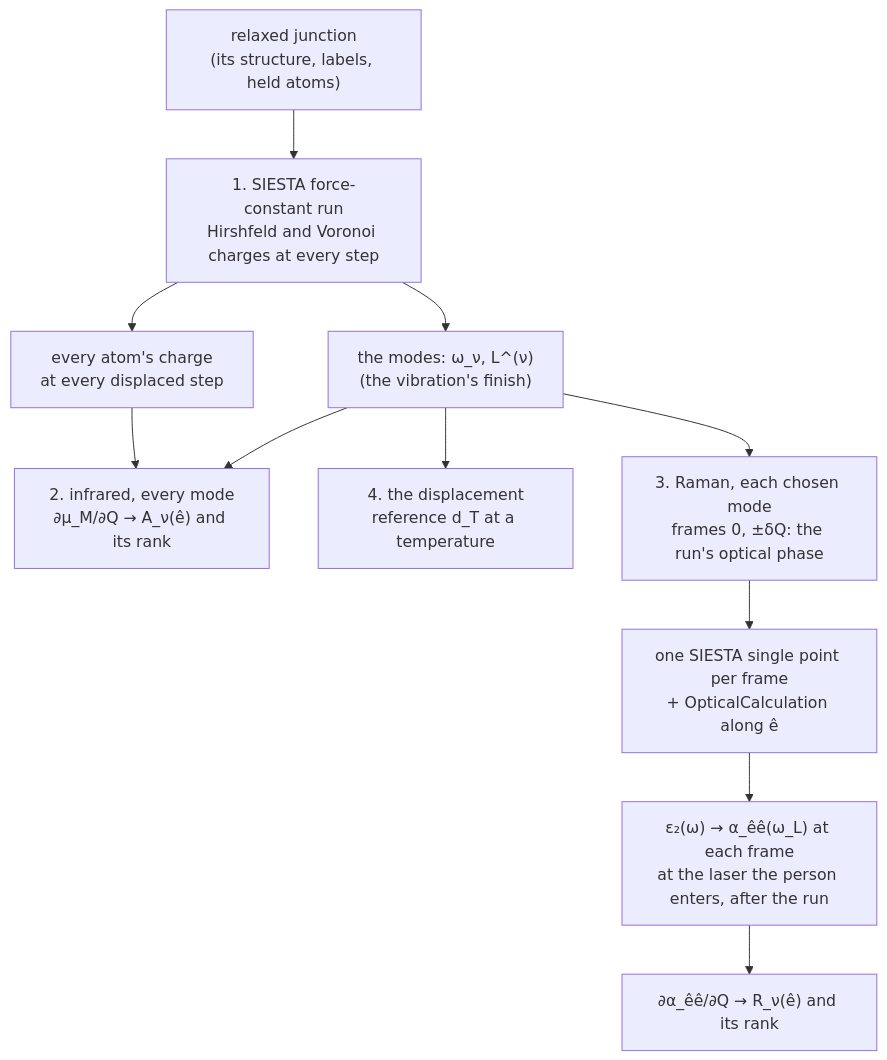
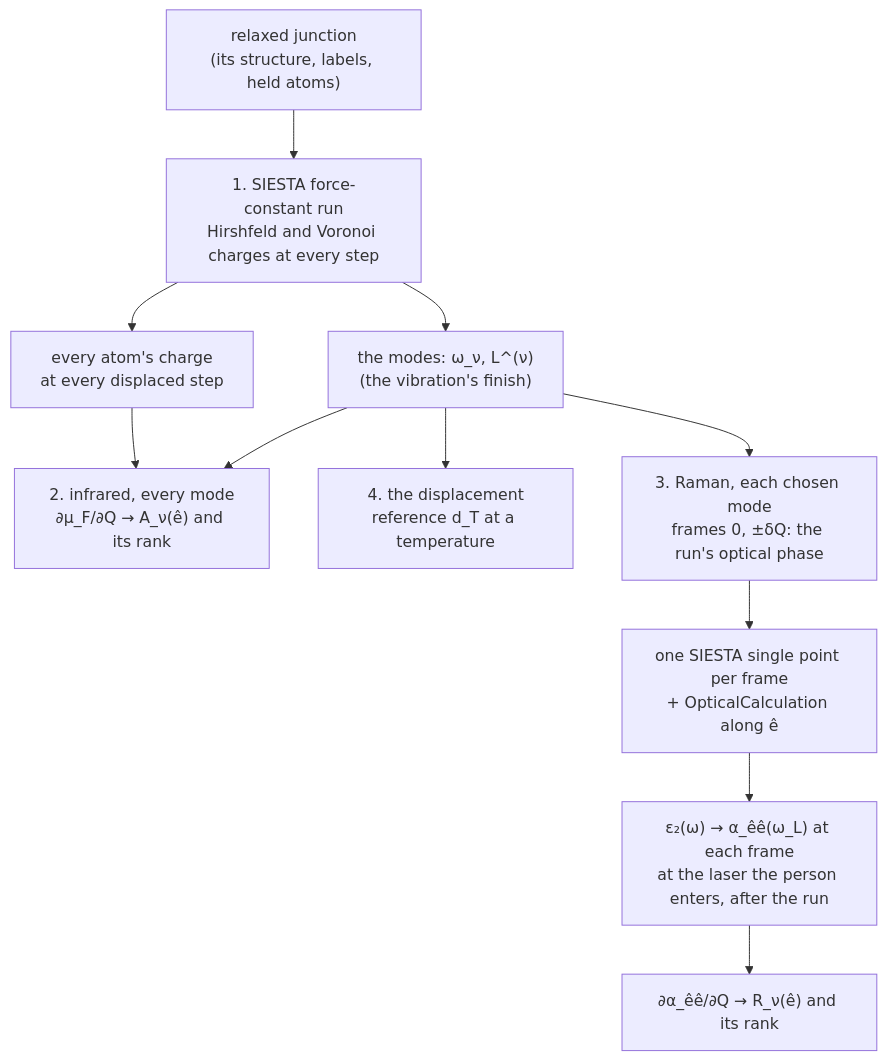
One commit to Qing-LAB/molbuilder changed the first of 3 diagrams in docs/science/vibrational-optical-response.md. Above: the diagram before and after it, drawn with Mermaid. The commit also changed other lines of this file and 25 other files, not shown here.

````diff
--- a/docs/science/vibrational-optical-response.md
+++ b/docs/science/vibrational-optical-response.md
@@ -78,13 +77,13 @@
 ```mermaid
 flowchart TD
     J["relaxed junction<br/>(its structure, labels, held atoms)"] --> FC["1. SIESTA force-constant run<br/>Hirshfeld and Voronoi charges at every step"]
     FC --> MODES["the modes: ω_ν, L^(ν)<br/>(the vibration's finish)"]
     FC --> QS["every atom's charge<br/>at every displaced step"]
-    QS --> IR["2. infrared, every mode<br/>∂μ_M/∂Q → A_ν(ê) and its rank"]
+    QS --> IR["2. infrared, every mode<br/>∂μ_F/∂Q → A_ν(ê) and its rank"]
     MODES --> IR
     MODES --> DISP["4. the displacement<br/>reference d_T at a temperature"]
     MODES --> FR["3. Raman, each chosen mode<br/>frames 0, ±δQ: the run's optical phase"]
     FR --> EL["one SIESTA single point per frame<br/>+ OpticalCalculation along ê"]
     EL --> AL["ε₂(ω) → α_êê(ω_L) at each frame<br/>at the laser the person enters, after the run"]
     AL --> RA["∂α_êê/∂Q → R_ν(ê) and its rank"]
 ```
````
